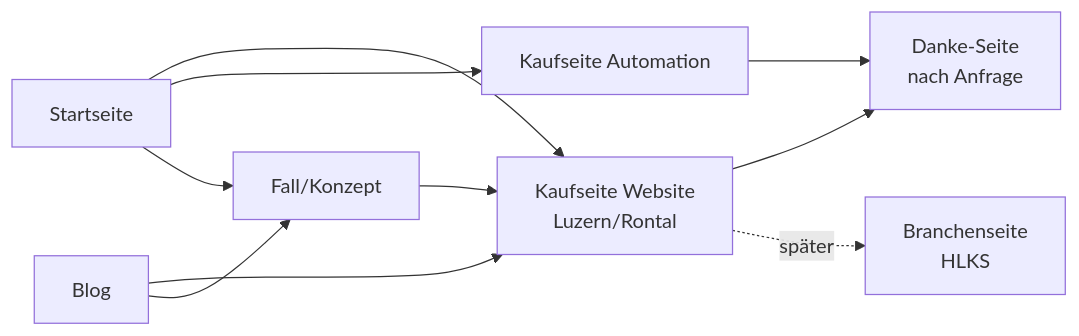
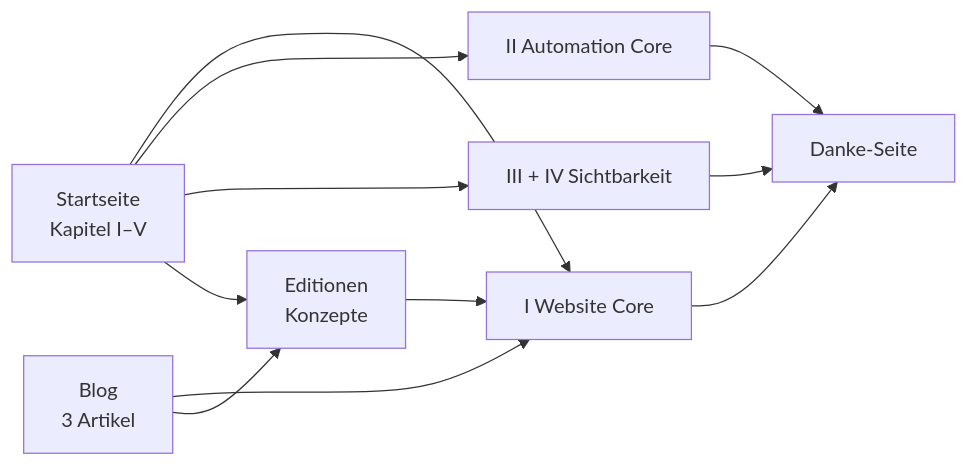
Before and after one commit to mattarge04-gif/signedbymattia: the diagram in website/seitenstruktur.md, drawn with Mermaid. The commit also changed other lines of this file and 2 other files, not shown here.

First line of the commit message:
website: Seitenstruktur zum Livegang festgelegt

````diff
--- a/website/seitenstruktur.md
+++ b/website/seitenstruktur.md
@@ -9,12 +10,13 @@
 ```mermaid
 flowchart LR
-    S[Startseite] --> KW[Kaufseite Website<br/>Luzern/Rontal]
-    S --> KA[Kaufseite Automation]
-    S --> F[Fall/Konzept]
-    KW --> D[Danke-Seite<br/>nach Anfrage]
-    KA --> D
-    F --> KW
-    B[Blog] --> KW
-    B --> F
-    KW -.später.-> H[Branchenseite<br/>HLKS]
+    S[Startseite<br/>Kapitel I–V] --> K1[I Website Core]
+    S --> K2[II Automation Core]
+    S --> K3[III + IV Sichtbarkeit]
+    S --> E[Editionen<br/>Konzepte]
+    E --> K1
+    B[Blog<br/>3 Artikel] --> K1
+    B --> E
+    K1 --> D[Danke-Seite]
+    K2 --> D
+    K3 --> D
 ```
````
